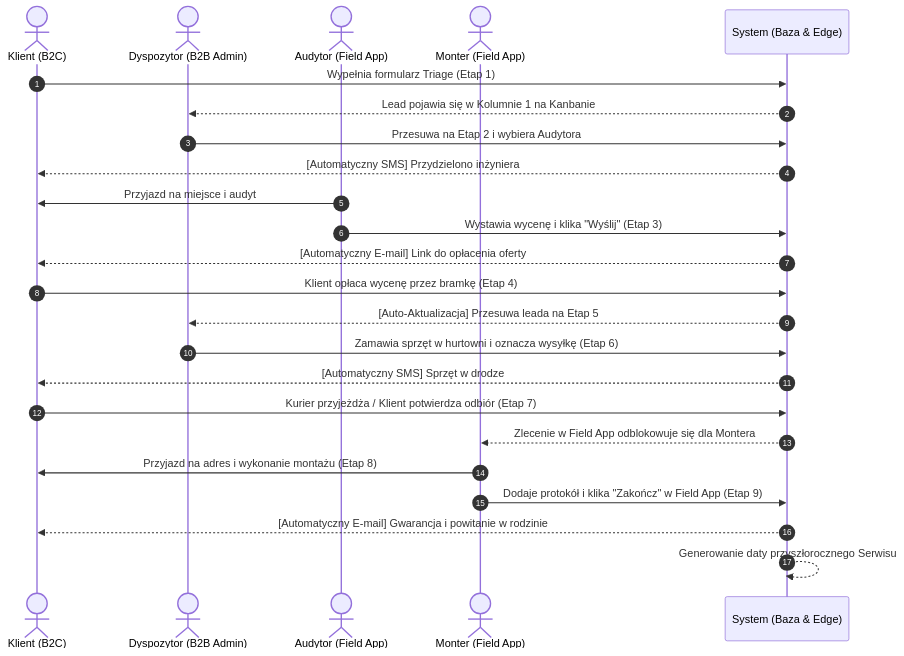
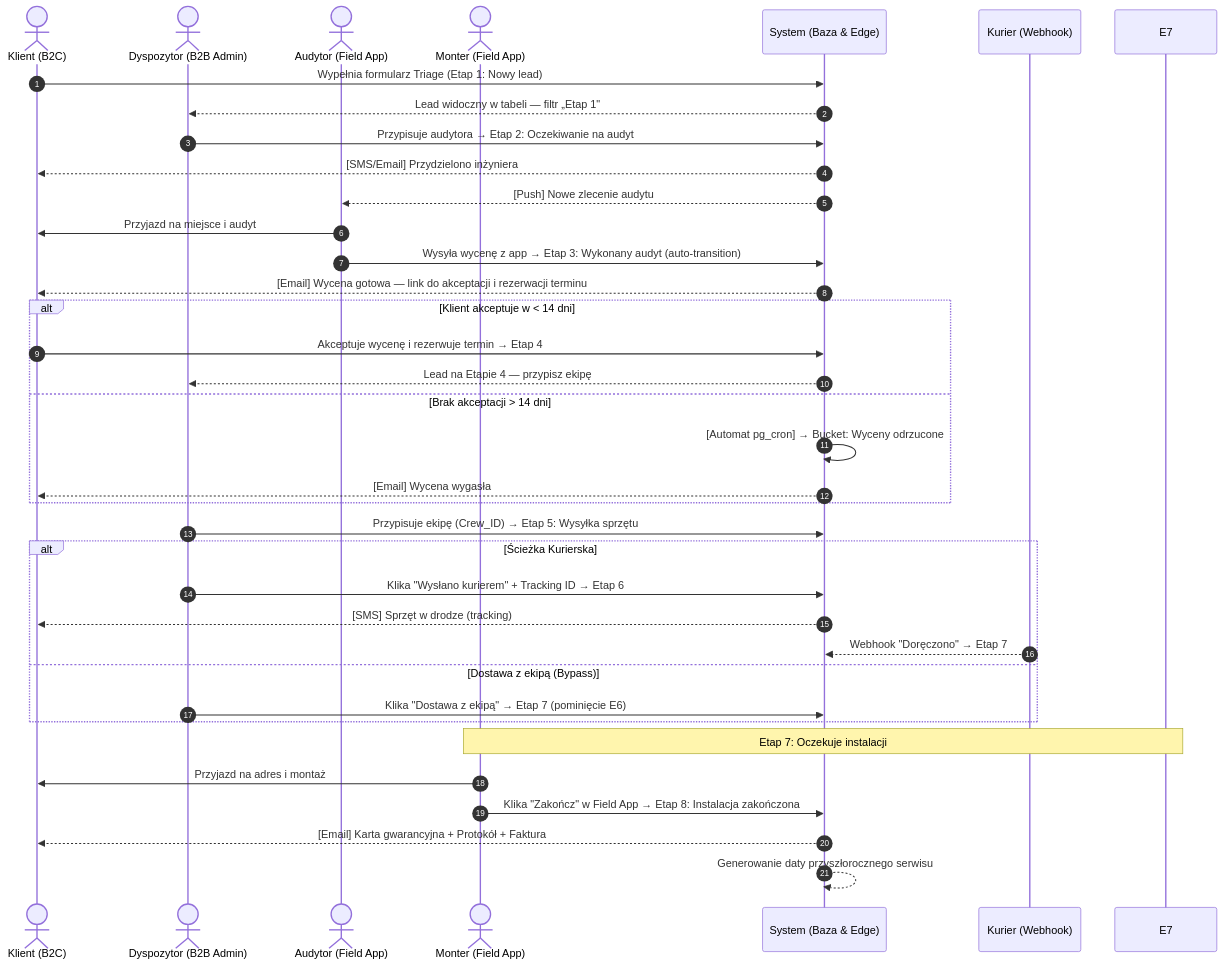
One commit to aiprojectmanagersznurowski-afk/klikklima-system changed the third of 3 diagrams in turborepo/docs/architecture/b2b_funnel_process.md. Above: the diagram before and after it, drawn with Mermaid. The commit also changed other lines of this file and 27 other files, not shown here.

````diff
--- a/turborepo/docs/architecture/b2b_funnel_process.md
+++ b/turborepo/docs/architecture/b2b_funnel_process.md
@@ -90,35 +184,48 @@
 ```mermaid
 sequenceDiagram
     autonumber
     
     actor K as Klient (B2C)
     actor D as Dyspozytor (B2B Admin)
     actor A as Audytor (Field App)
     actor M as Monter (Field App)
     participant S as System (Baza & Edge)
+    participant KUR as Kurier (Webhook)
 
-    K->>S: Wypełnia formularz Triage (Etap 1)
-    S-->>D: Lead pojawia się w Kolumnie 1 na Kanbanie
-    
-    D->>S: Przesuwa na Etap 2 i wybiera Audytora
-    S-->>K: [Automatyczny SMS] Przydzielono inżyniera
-    
+    K->>S: Wypełnia formularz Triage (Etap 1: Nowy lead)
+    S-->>D: Lead widoczny w tabeli — filtr „Etap 1"
+
+    D->>S: Przypisuje audytora → Etap 2: Oczekiwanie na audyt
+    S-->>K: [SMS/Email] Przydzielono inżyniera
+    S-->>A: [Push] Nowe zlecenie audytu
+
     A->>K: Przyjazd na miejsce i audyt
-    A->>S: Wystawia wycenę i klika "Wyślij" (Etap 3)
-    S-->>K: [Automatyczny E-mail] Link do opłacenia oferty
-    
-    K->>S: Klient opłaca wycenę przez bramkę (Etap 4)
-    S-->>D: [Auto-Aktualizacja] Przesuwa leada na Etap 5
-    
-    D->>S: Zamawia sprzęt w hurtowni i oznacza wysyłkę (Etap 6)
-    S-->>K: [Automatyczny SMS] Sprzęt w drodze
-    
-    K->>S: Kurier przyjeżdża / Klient potwierdza odbiór (Etap 7)
-    S-->>M: Zlecenie w Field App odblokowuje się dla Montera
-    
-    M->>K: Przyjazd na adres i wykonanie montażu (Etap 8)
-    M->>S: Dodaje protokół i klika "Zakończ" w Field App (Etap 9)
-    
-    S-->>K: [Automatyczny E-mail] Gwarancja i powitanie w rodzinie
-    S-->>S: Generowanie daty przyszłorocznego Serwisu
+    A->>S: Wysyła wycenę z app → Etap 3: Wykonany audyt (auto-transition)
+    S-->>K: [Email] Wycena gotowa — link do akceptacji i rezerwacji terminu
+
+    alt Klient akceptuje w < 14 dni
+        K->>S: Akceptuje wycenę i rezerwuje termin → Etap 4
+        S-->>D: Lead na Etapie 4 — przypisz ekipę
+    else Brak akceptacji > 14 dni
+        S->>S: [Automat pg_cron] → Bucket: Wyceny odrzucone
+        S-->>K: [Email] Wycena wygasła
+    end
+
+    D->>S: Przypisuje ekipę (Crew_ID) → Etap 5: Wysyłka sprzętu
+
+    alt Ścieżka Kurierska
+        D->>S: Klika "Wysłano kurierem" + Tracking ID → Etap 6
+        S-->>K: [SMS] Sprzęt w drodze (tracking)
+        KUR-->>S: Webhook "Doręczono" → Etap 7
+    else Dostawa z ekipą (Bypass)
+        D->>S: Klika "Dostawa z ekipą" → Etap 7 (pominięcie E6)
+    end
+
+    Note over E7,M: Etap 7: Oczekuje instalacji
+
+    M->>K: Przyjazd na adres i montaż
+    M->>S: Klika "Zakończ" w Field App → Etap 8: Instalacja zakończona
+
+    S-->>K: [Email] Karta gwarancyjna + Protokół + Faktura
+    S-->>S: Generowanie daty przyszłorocznego serwisu
 ```
````
